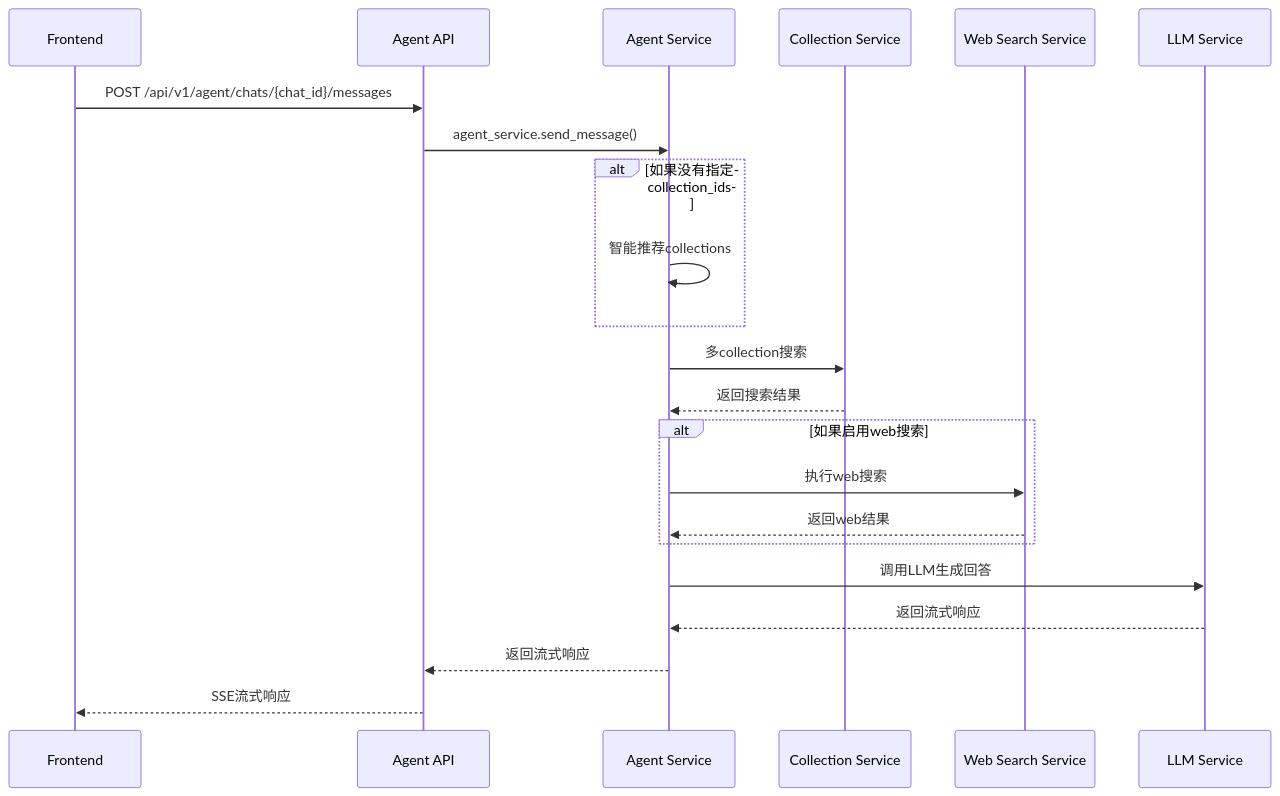
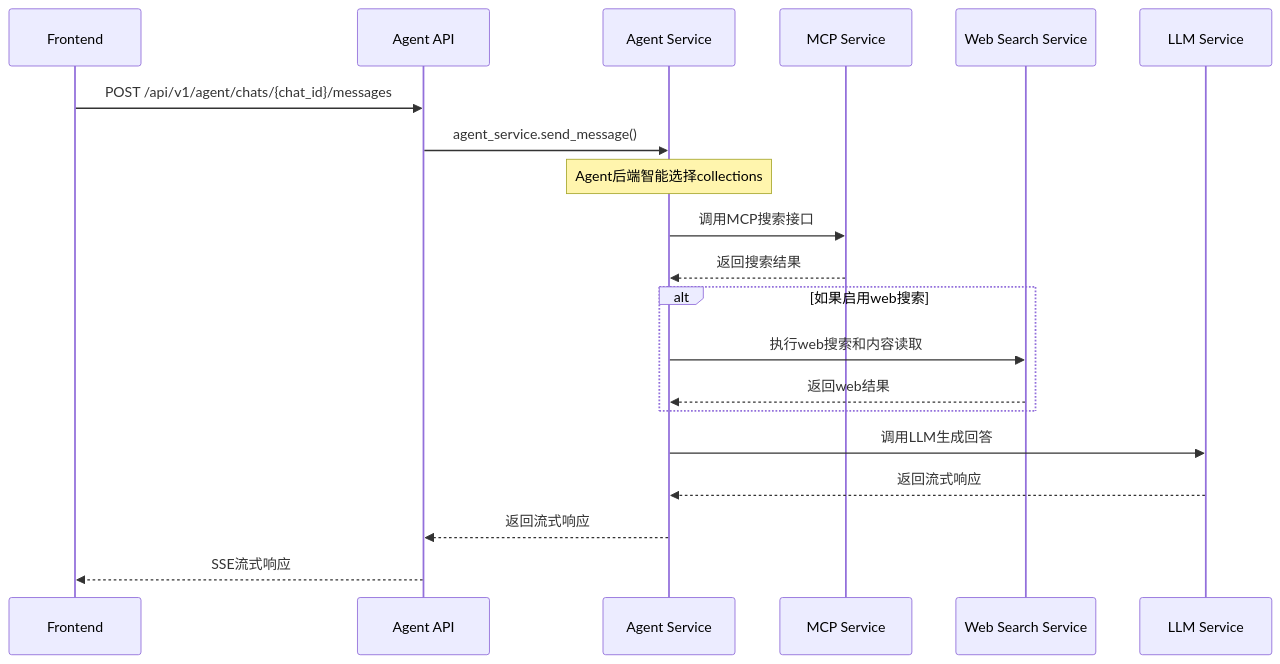
The second of 3 diagrams in docs/design/agent-backend-zh.md (apecloud/ApeRAG), drawn with Mermaid before and after one commit. The commit also changed other lines of this file, not shown here.

````diff
--- a/docs/design/agent-backend-zh.md
+++ b/docs/design/agent-backend-zh.md
@@ -325,29 +312,26 @@
 ```mermaid
 sequenceDiagram
     participant F as Frontend
     participant A as Agent API
     participant S as Agent Service
-    participant CS as Collection Service
+    participant MCP as MCP Service
     participant WS as Web Search Service
     participant LLM as LLM Service
     
     F->>A: POST /api/v1/agent/chats/{chat_id}/messages
     A->>S: agent_service.send_message()
     
-    alt 如果没有指定collection_ids
-        S->>S: 智能推荐collections
-    end
-    
-    S->>CS: 多collection搜索
-    CS-->>S: 返回搜索结果
+    Note over S: Agent后端智能选择collections
+    S->>MCP: 调用MCP搜索接口
+    MCP-->>S: 返回搜索结果
     
     alt 如果启用web搜索
-        S->>WS: 执行web搜索
+        S->>WS: 执行web搜索和内容读取
         WS-->>S: 返回web结果
     end
     
     S->>LLM: 调用LLM生成回答
     LLM-->>S: 返回流式响应
     S-->>A: 返回流式响应
     A-->>F: SSE流式响应
 ```
````
